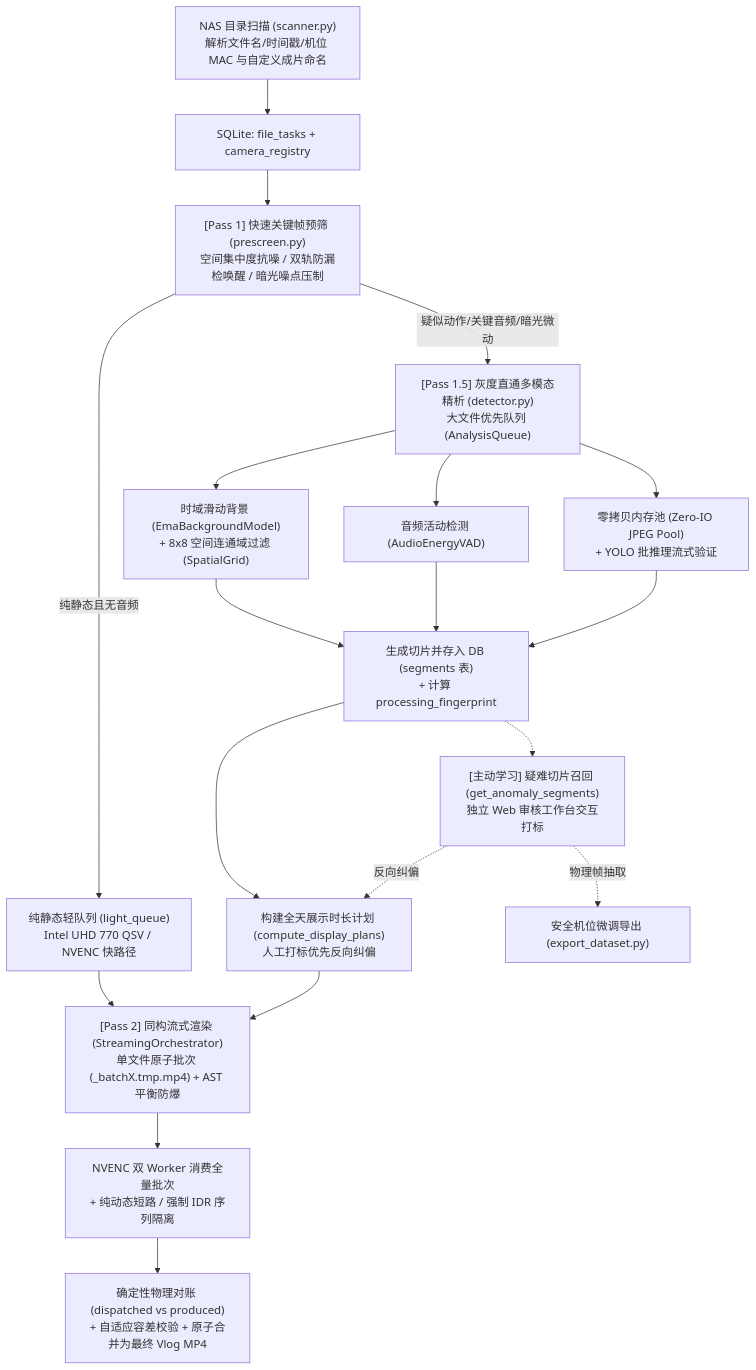
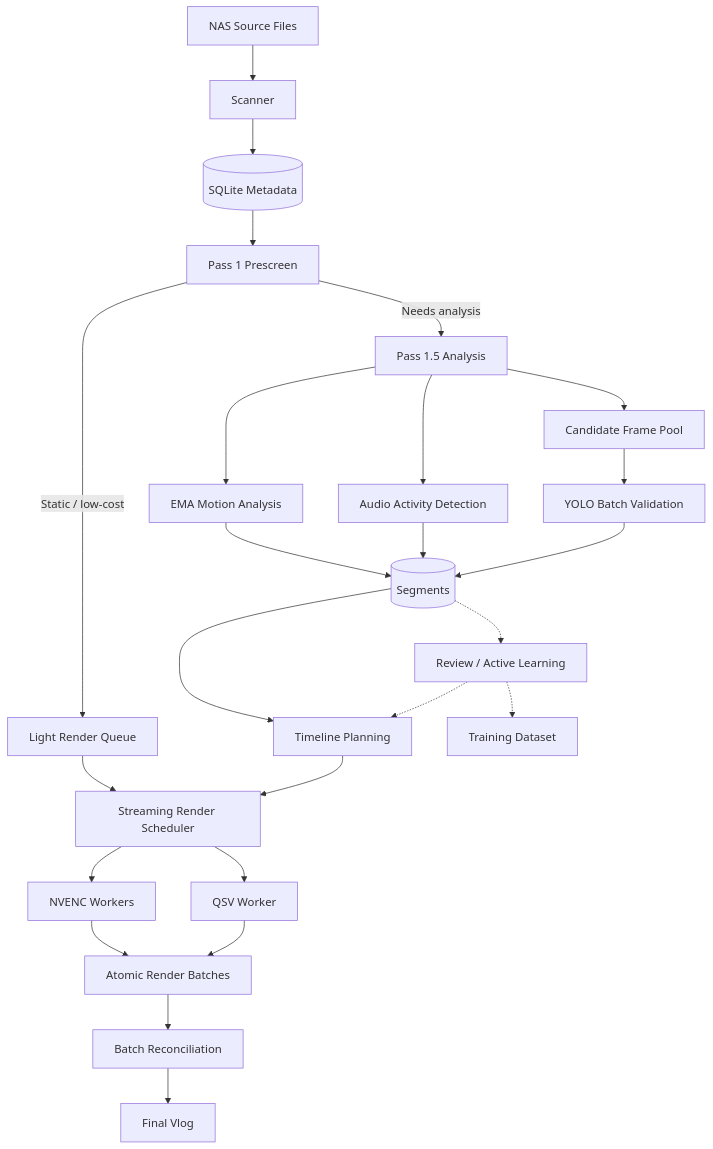
The first of 2 diagrams in docs/ARCHITECTURE.md (seeyou2n1ght/homeVlog), drawn with Mermaid before and after one commit. The commit also changed other lines of this file and 66 other files, not shown here.

First line of the commit message:
refactor(architecture): modularize codebase into layered subpackages, standardize docs and tests

````diff
--- a/docs/ARCHITECTURE.md
+++ b/docs/ARCHITECTURE.md
@@ -11,19 +103,36 @@
 ```mermaid
-graph TD
-    A["NAS 目录扫描 (scanner.py)<br/>解析文件名/时间戳/机位 MAC 与自定义成片命名"] --> B["SQLite: file_tasks + camera_registry"]
-    B --> C["[Pass 1] 快速关键帧预筛 (prescreen.py)<br/>空间集中度抗噪 / 双轨防漏检唤醒 / 暗光噪点压制"]
-    C -->|纯静态且无音频| D["纯静态轻队列 (light_queue)<br/>Intel UHD 770 QSV / NVENC 快路径"]
-    C -->|疑似动作/关键音频/暗光微动| E["[Pass 1.5] 灰度直通多模态精析 (detector.py)<br/>大文件优先队列 (AnalysisQueue)"]
-    E --> F["时域滑动背景 (EmaBackgroundModel)<br/>+ 8x8 空间连通域过滤 (SpatialGrid)"]
-    E --> G["音频活动检测 (AudioEnergyVAD)"]
-    E --> H["零拷贝内存池 (Zero-IO JPEG Pool)<br/>+ YOLO 批推理流式验证"]
-    F & G & H --> I["生成切片并存入 DB (segments 表)<br/>+ 计算 processing_fingerprint"]
-    I --> J["构建全天展示时长计划 (compute_display_plans)<br/>人工打标优先反向纠偏"]
-    J --> K["[Pass 2] 同构流式渲染 (StreamingOrchestrator)<br/>单文件原子批次 (_batchX.tmp.mp4) + AST 平衡防爆"]
-    D --> K
-    K --> M["NVENC 双 Worker 消费全量批次<br/>+ 纯动态短路 / 强制 IDR 序列隔离"]
-    M --> N["确定性物理对账 (dispatched vs produced)<br/>+ 自适应容差校验 + 原子合并为最终 Vlog MP4"]
-    I -.-> O["[主动学习] 疑难切片召回 (get_anomaly_segments)<br/>独立 Web 审核工作台交互打标"]
-    O -.->|反向纠偏| J
-    O -.->|物理帧抽取| P["安全机位微调导出 (export_dataset.py)"]
+flowchart TD
+    A[NAS Source Files] --> B[Scanner]
+
+    B --> C[(SQLite Metadata)]
+    C --> D[Pass 1 Prescreen]
+
+    D -->|Static / low-cost| L[Light Render Queue]
+    D -->|Needs analysis| E[Pass 1.5 Analysis]
+
+    E --> F[EMA Motion Analysis]
+    E --> G[Audio Activity Detection]
+    E --> H[Candidate Frame Pool]
+    H --> I[YOLO Batch Validation]
+
+    F --> J[(Segments)]
+    G --> J
+    I --> J
+
+    J --> K[Timeline Planning]
+    K --> M[Streaming Render Scheduler]
+    L --> M
+
+    M --> N[NVENC Workers]
+    M --> O[QSV Worker]
+
+    N --> P[Atomic Render Batches]
+    O --> P
+
+    P --> Q[Batch Reconciliation]
+    Q --> R[Final Vlog]
+
+    J -.-> S[Review / Active Learning]
+    S -.-> K
+    S -.-> T[Training Dataset]
 ```
````
